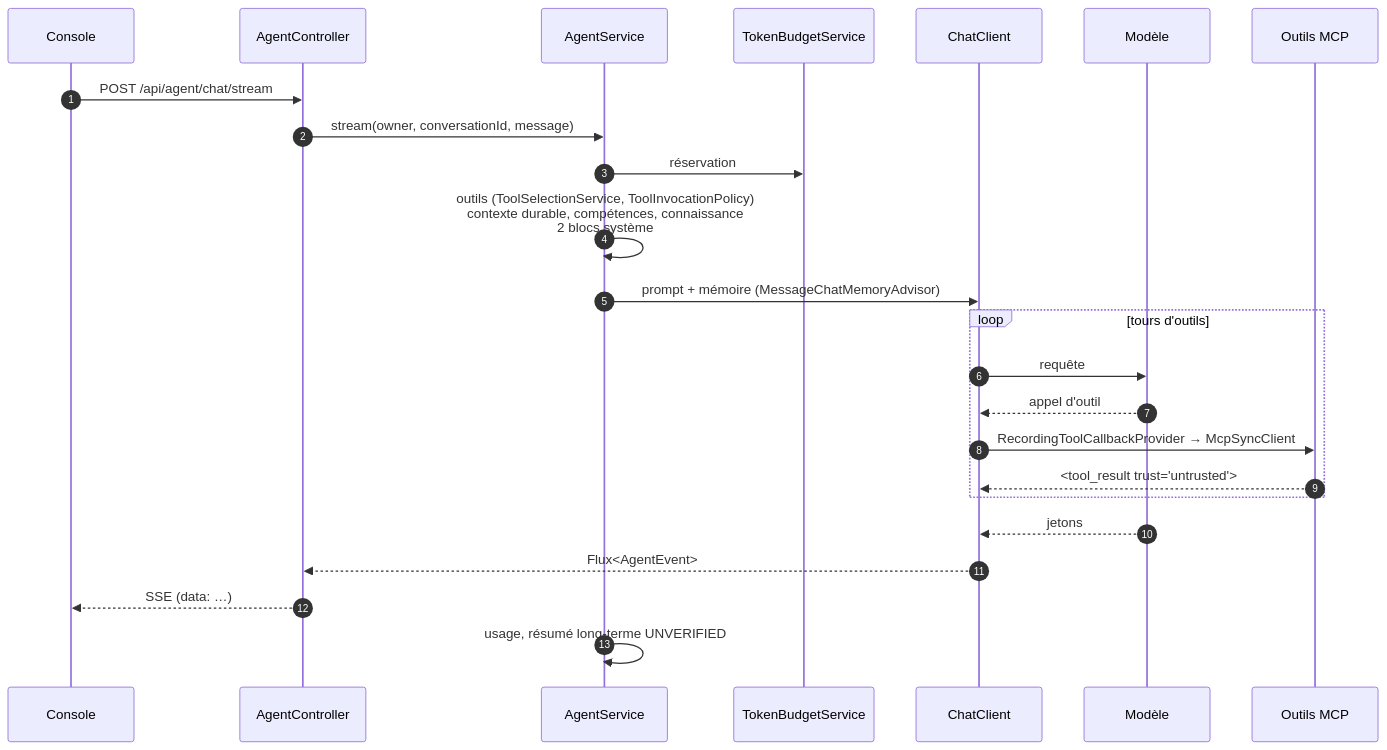
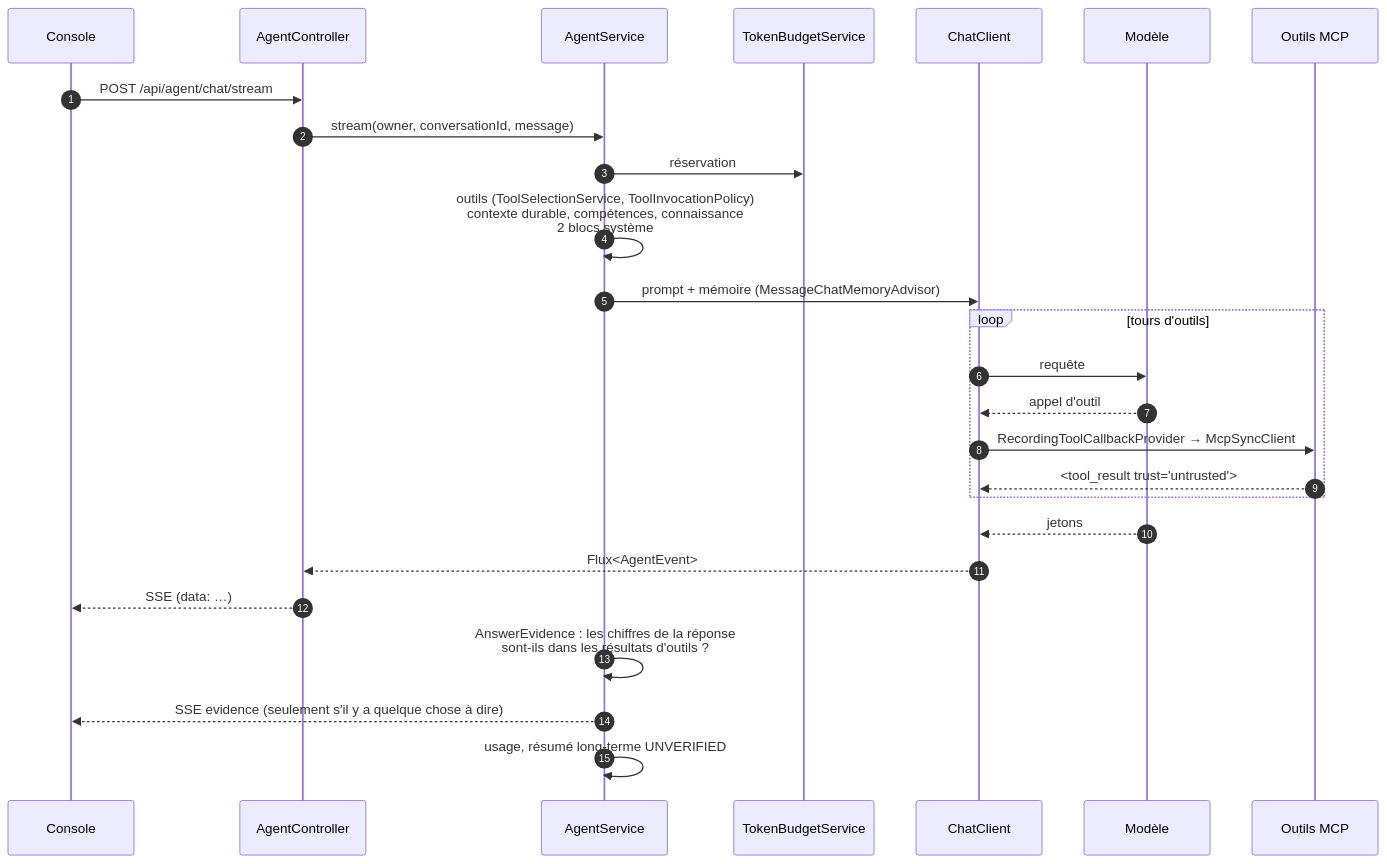
Before and after one commit to devdownin/Kex-anHarness: the fifth of 9 diagrams in docs/ARCHITECTURE-LOGICIELLE.md, drawn with Mermaid. The commit also changed other lines of this file and 6 other files, not shown here.

First line of the commit message:
docs : guide pédagogique et architecture à jour (chiffres, audit chaîné, import des compétences)

````diff
--- a/docs/ARCHITECTURE-LOGICIELLE.md
+++ b/docs/ARCHITECTURE-LOGICIELLE.md
@@ -357,26 +358,28 @@
 ```mermaid
 sequenceDiagram
     autonumber
     participant C as Console
     participant AC as AgentController
     participant AS as AgentService
     participant TB as TokenBudgetService
     participant CC as ChatClient
     participant M as Modèle
     participant T as Outils MCP
     C->>AC: POST /api/agent/chat/stream
     AC->>AS: stream(owner, conversationId, message)
     AS->>TB: réservation
     AS->>AS: outils (ToolSelectionService, ToolInvocationPolicy)<br/>contexte durable, compétences, connaissance<br/>2 blocs système
     AS->>CC: prompt + mémoire (MessageChatMemoryAdvisor)
     loop tours d'outils
         CC->>M: requête
         M-->>CC: appel d'outil
         CC->>T: RecordingToolCallbackProvider → McpSyncClient
         T-->>CC: <tool_result trust="untrusted">
     end
     M-->>CC: jetons
     CC-->>AC: Flux<AgentEvent>
     AC-->>C: SSE (data: …)
+    AS->>AS: AnswerEvidence : les chiffres de la réponse<br/>sont-ils dans les résultats d'outils ?
+    AS-->>C: SSE evidence (seulement s'il y a quelque chose à dire)
     AS->>AS: usage, résumé long-terme UNVERIFIED
 ```
````
